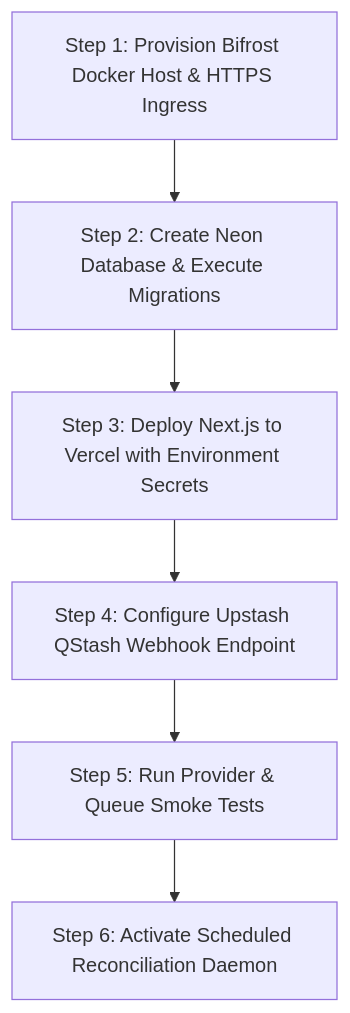
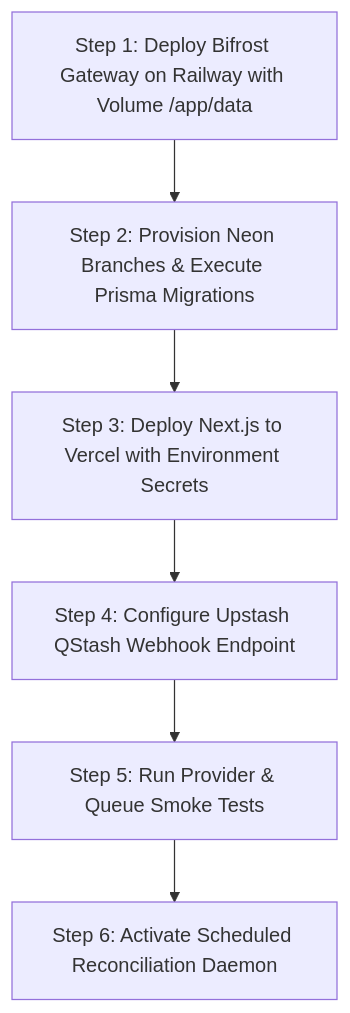
Before and after one commit to Driftaxe/Afterfact: the diagram in docs/SETUP-AND-DEPLOYMENT.md, drawn with Mermaid. The commit also changed other lines of this file and 26 other files, not shown here.

First line of the commit message:
docs(infra): update persistence to Prisma, Neon dev/test, Railway Bifrost, and add Lane B handbook

````diff
--- a/docs/SETUP-AND-DEPLOYMENT.md
+++ b/docs/SETUP-AND-DEPLOYMENT.md
@@ -68,8 +123,8 @@
 ```mermaid
 flowchart TD
-    Step1["Step 1: Provision Bifrost Docker Host & HTTPS Ingress"] --> Step2["Step 2: Create Neon Database & Execute Migrations"]
+    Step1["Step 1: Deploy Bifrost Gateway on Railway with Volume /app/data"] --> Step2["Step 2: Provision Neon Branches & Execute Prisma Migrations"]
     Step2 --> Step3["Step 3: Deploy Next.js to Vercel with Environment Secrets"]
     Step3 --> Step4["Step 4: Configure Upstash QStash Webhook Endpoint"]
     Step4 --> Step5["Step 5: Run Provider & Queue Smoke Tests"]
     Step5 --> Step6["Step 6: Activate Scheduled Reconciliation Daemon"]
 ```
````
